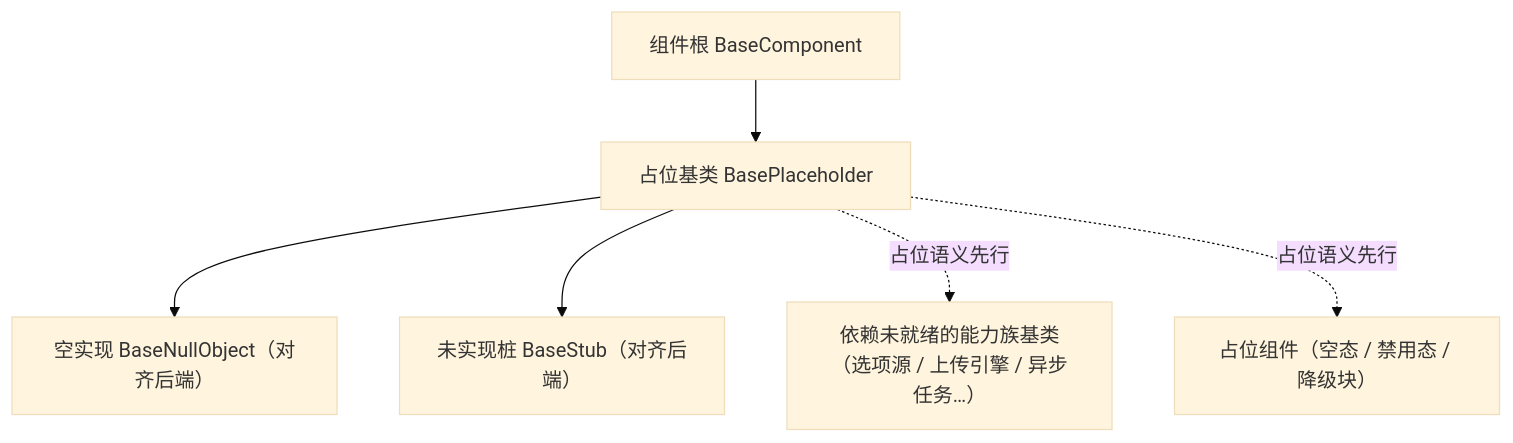
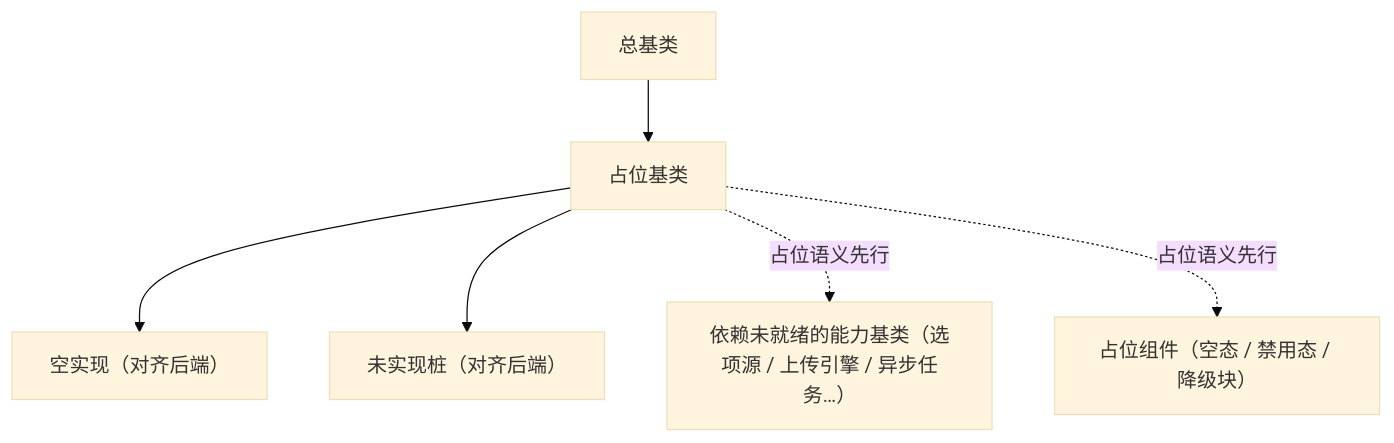
Before and after one commit to minjian123/basic-management-system: the diagram in bms文档/设计/组件设计/02_基础组件类/01_机制基类/04_组件设计_占位基类/04_组件设计_占位基类.md, drawn with Mermaid (base theme). The commit also changed other lines of this file and 108 other files, not shown here.

````diff
--- a/bms文档/设计/组件设计/02_基础组件类/01_机制基类/04_组件设计_占位基类/04_组件设计_占位基类.md
+++ b/bms文档/设计/组件设计/02_基础组件类/01_机制基类/04_组件设计_占位基类/04_组件设计_占位基类.md
@@ -16,8 +16,8 @@
 ```mermaid
 flowchart TD
-    COMP["组件根 BaseComponent"] --> PH["占位基类 BasePlaceholder"]
-    PH --> NO["空实现 BaseNullObject（对齐后端）"]
-    PH --> ST["未实现桩 BaseStub（对齐后端）"]
-    PH -. "占位语义先行" .-> CAP["依赖未就绪的能力族基类（选项源 / 上传引擎 / 异步任务…）"]
+    OBJ["总基类"] --> PH["占位基类"]
+    PH --> NO["空实现（对齐后端）"]
+    PH --> ST["未实现桩（对齐后端）"]
+    PH -. "占位语义先行" .-> CAP["依赖未就绪的能力基类（选项源 / 上传引擎 / 异步任务…）"]
     PH -. "占位语义先行" .-> C["占位组件（空态 / 禁用态 / 降级块）"]
 ```
````
